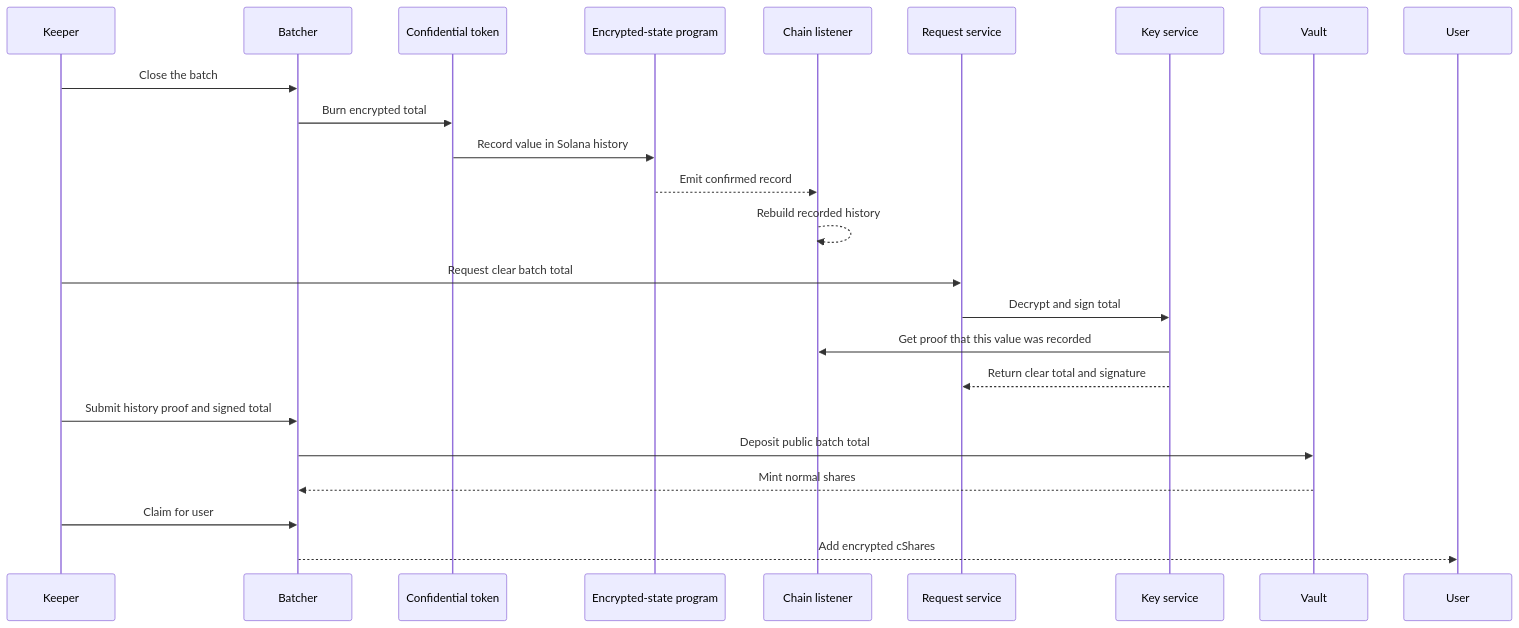
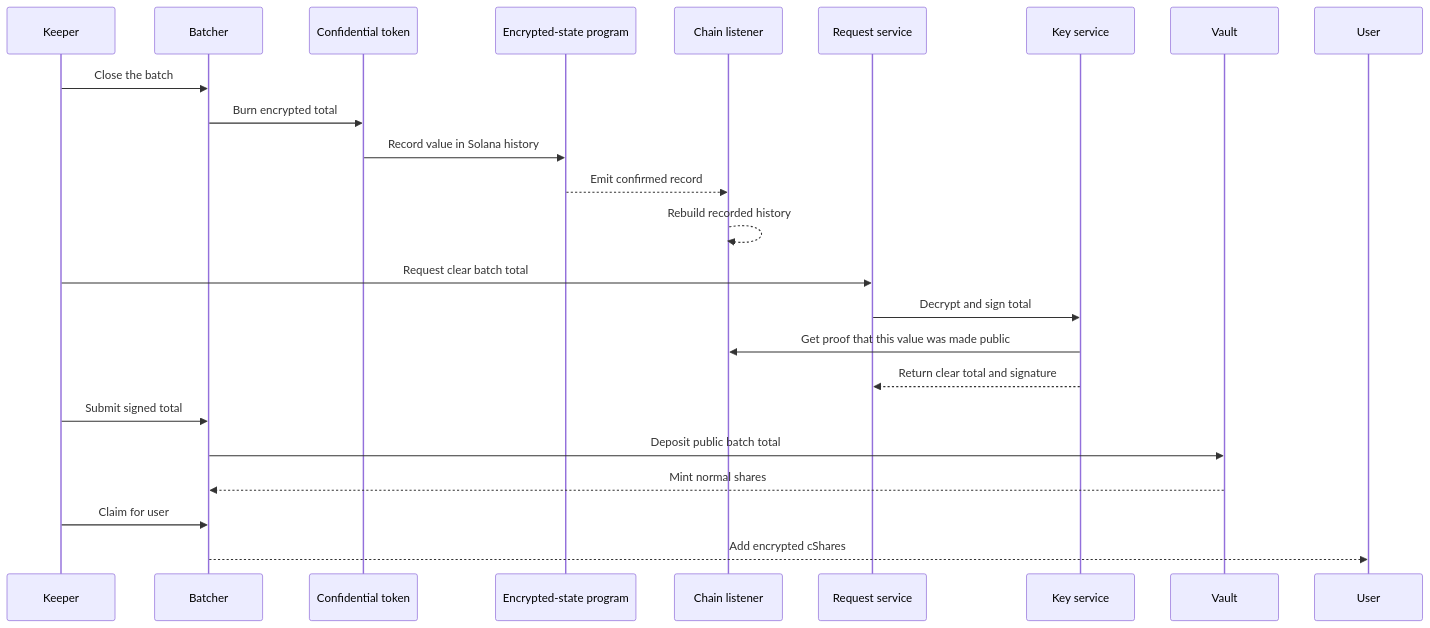
The fifth of 5 diagrams in solana/demo-dapp/README.md (zama-ai/fhevm), drawn with Mermaid before and after one commit. The commit also changed other lines of this file and 19 other files, not shown here.

````diff
--- a/solana/demo-dapp/README.md
+++ b/solana/demo-dapp/README.md
@@ -164,27 +164,27 @@
 ```mermaid
 sequenceDiagram
     participant Keeper
     participant Batch as Batcher
     participant Token as Confidential token
     participant Host as Encrypted-state program
     participant Listener as Chain listener
     participant Relayer as Request service
     participant Keys as Key service
     participant Vault
     participant User
 
     Keeper->>Batch: Close the batch
     Batch->>Token: Burn encrypted total
     Token->>Host: Record value in Solana history
     Host-->>Listener: Emit confirmed record
     Listener-->>Listener: Rebuild recorded history
     Keeper->>Relayer: Request clear batch total
     Relayer->>Keys: Decrypt and sign total
-    Keys->>Listener: Get proof that this value was recorded
+    Keys->>Listener: Get proof that this value was made public
     Keys-->>Relayer: Return clear total and signature
-    Keeper->>Batch: Submit history proof and signed total
+    Keeper->>Batch: Submit signed total
     Batch->>Vault: Deposit public batch total
     Vault-->>Batch: Mint normal shares
     Keeper->>Batch: Claim for user
     Batch-->>User: Add encrypted cShares
 ```
````
